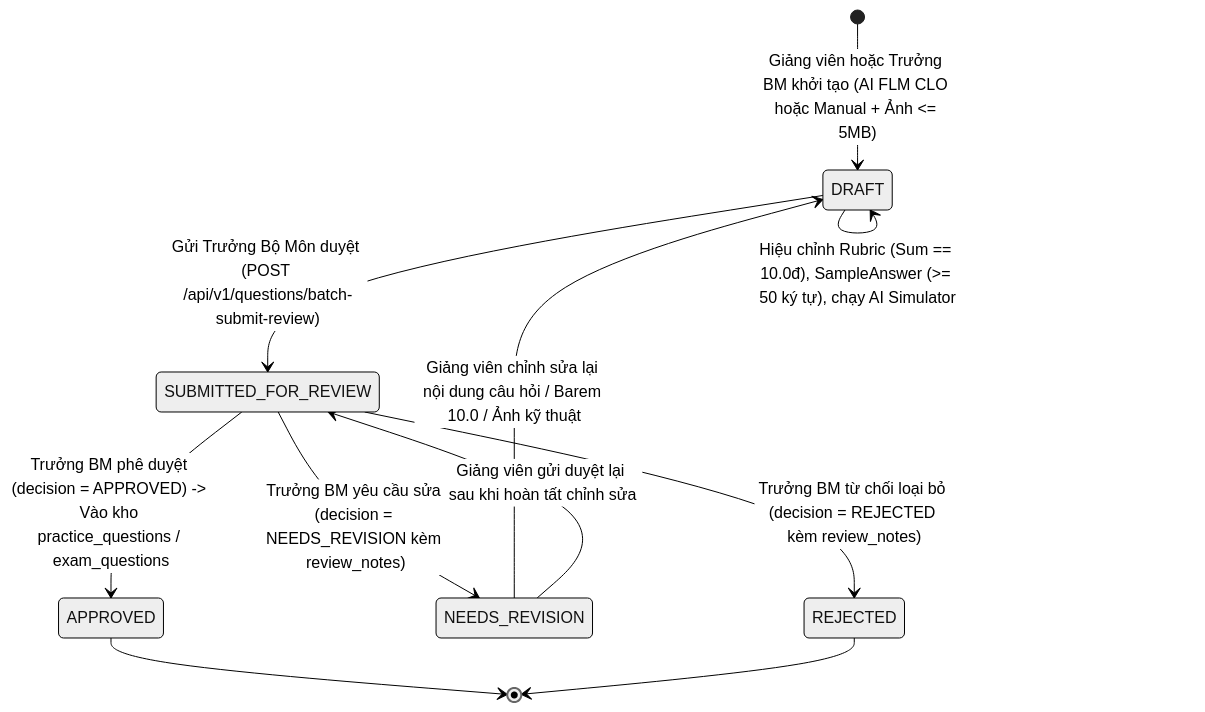
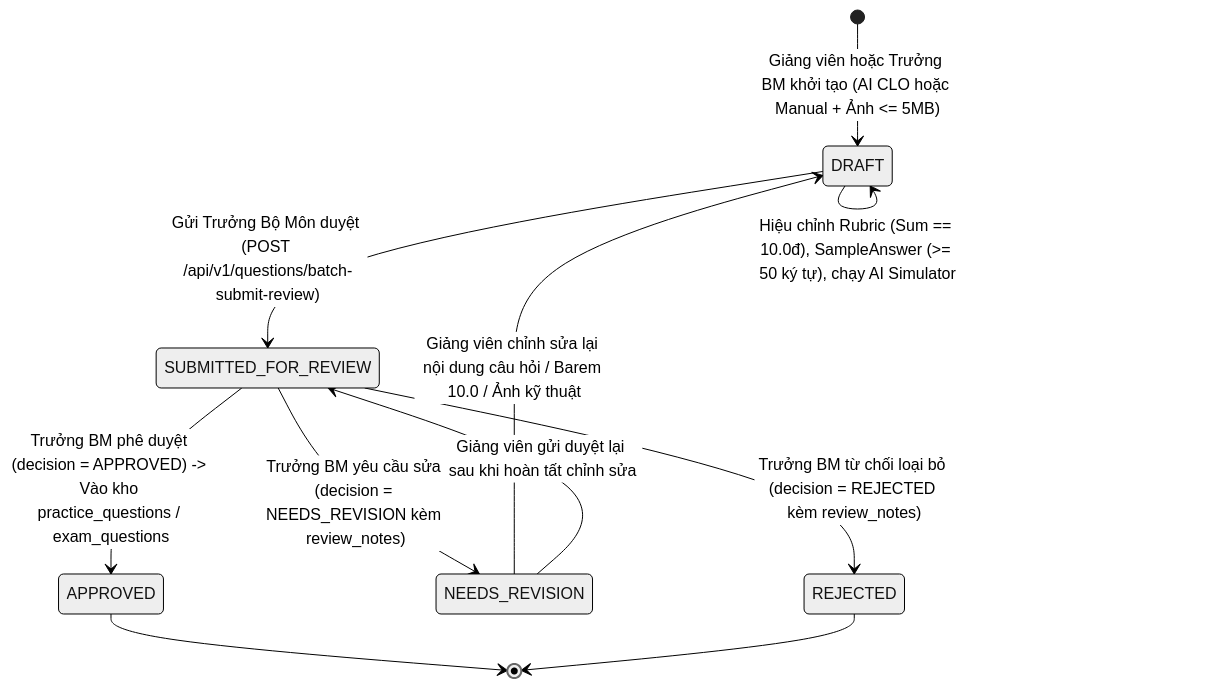
One commit to An-LLM-based-Oral-Examination/oral-exam-system changed the ninth of 12 diagrams in docs/01_architecture/MO_TA_4_LUONG_MAINFLOW_NGHIEP_VU.md. Above: the diagram before and after it, drawn with Mermaid (neutral theme). The commit also changed other lines of this file and 162 other files, not shown here.

Commit message:
feat(official-exam): sync 6 roles rbac, course clos, anti-cheat logs and architecture docs

````diff
--- a/docs/01_architecture/MO_TA_4_LUONG_MAINFLOW_NGHIEP_VU.md
+++ b/docs/01_architecture/MO_TA_4_LUONG_MAINFLOW_NGHIEP_VU.md
@@ -710,13 +718,13 @@
 ```mermaid
 stateDiagram-v2
-    [*] --> DRAFT: Giảng viên hoặc Trưởng BM khởi tạo (AI FLM CLO hoặc Manual + Ảnh <= 5MB)
+    [*] --> DRAFT: Giảng viên hoặc Trưởng BM khởi tạo (AI CLO hoặc Manual + Ảnh <= 5MB)
     DRAFT --> DRAFT: Hiệu chỉnh Rubric (Sum == 10.0đ), SampleAnswer (>= 50 ký tự), chạy AI Simulator
     DRAFT --> SUBMITTED_FOR_REVIEW: Gửi Trưởng Bộ Môn duyệt (POST /api/v1/questions/batch-submit-review)
     SUBMITTED_FOR_REVIEW --> APPROVED: Trưởng BM phê duyệt (decision = APPROVED) -> Vào kho practice_questions / exam_questions
     SUBMITTED_FOR_REVIEW --> NEEDS_REVISION: Trưởng BM yêu cầu sửa (decision = NEEDS_REVISION kèm review_notes)
     SUBMITTED_FOR_REVIEW --> REJECTED: Trưởng BM từ chối loại bỏ (decision = REJECTED kèm review_notes)
     NEEDS_REVISION --> DRAFT: Giảng viên chỉnh sửa lại nội dung câu hỏi / Barem 10.0 / Ảnh kỹ thuật
     NEEDS_REVISION --> SUBMITTED_FOR_REVIEW: Giảng viên gửi duyệt lại sau khi hoàn tất chỉnh sửa
     APPROVED --> [*]
     REJECTED --> [*]
 ```
````
